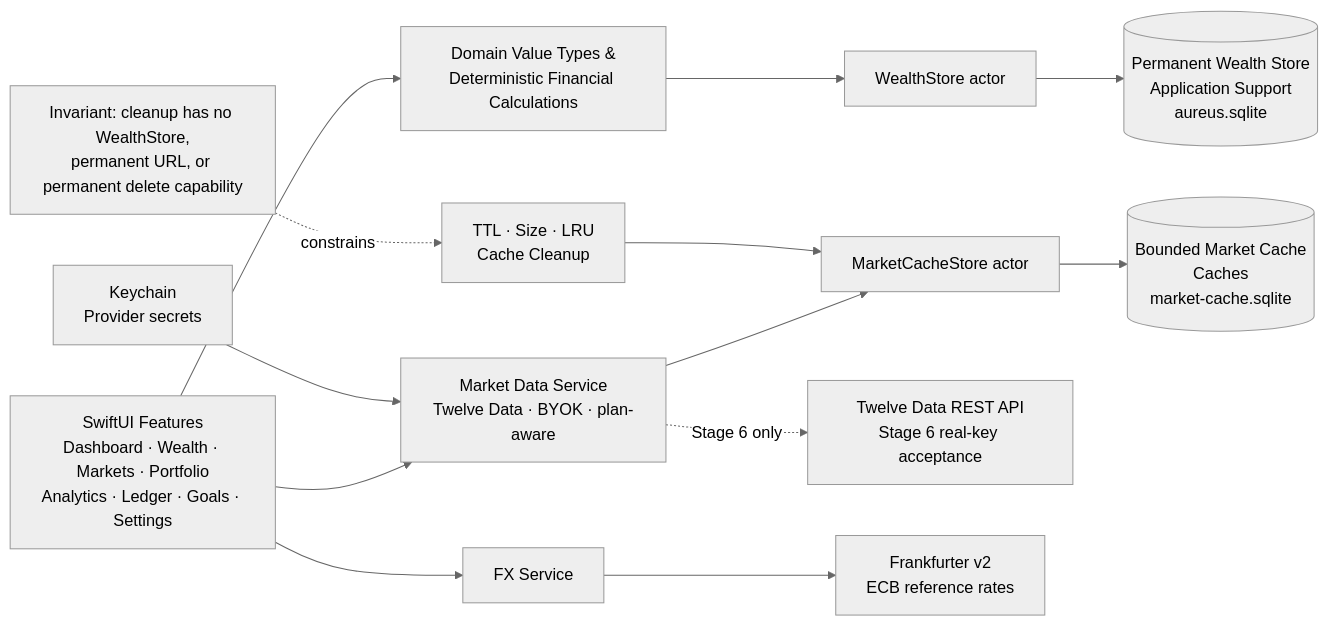
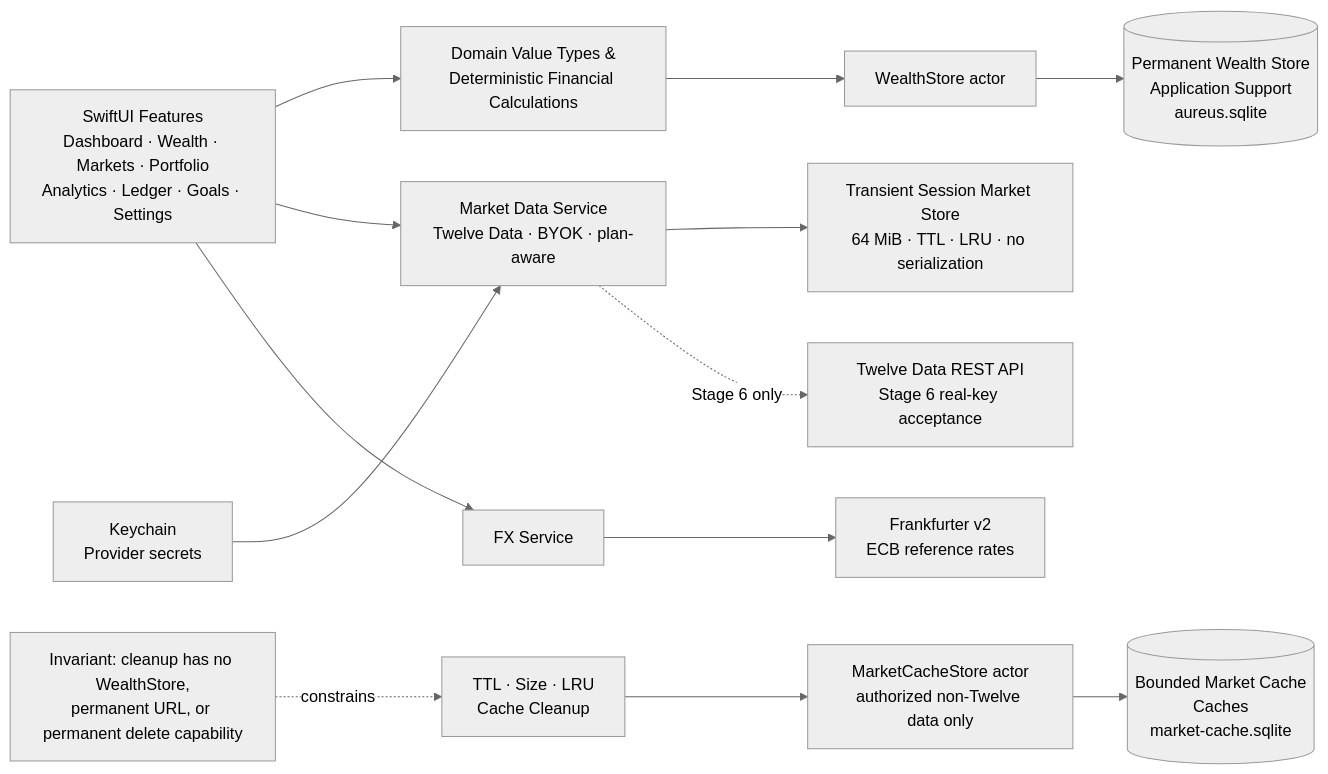
One commit to freeforest/Aureus changed the diagram in docs/V1_ARCHITECTURE.md. Above: the diagram before and after it, drawn with Mermaid (neutral theme). The commit also changed other lines of this file and 6 other files, not shown here.

First line of the commit message:
v0.5.4.7-Refactor data retention and architecture documentation for Twelve Data integration

````diff
--- a/docs/V1_ARCHITECTURE.md
+++ b/docs/V1_ARCHITECTURE.md
@@ -794,29 +826,30 @@
 ```mermaid
 flowchart LR
     Features["SwiftUI Features\nDashboard · Wealth · Markets · Portfolio\nAnalytics · Ledger · Goals · Settings"]
     Domain["Domain Value Types &\nDeterministic Financial Calculations"]
     WealthStore["WealthStore actor"]
     PermanentDB[("Permanent Wealth Store\nApplication Support\naureus.sqlite")]
     MarketService["Market Data Service\nTwelve Data · BYOK · plan-aware"]
-    CacheStore["MarketCacheStore actor"]
+    SessionStore["Transient Session Market Store\n64 MiB · TTL · LRU · no serialization"]
+    CacheStore["MarketCacheStore actor\nauthorized non-Twelve data only"]
     CacheDB[("Bounded Market Cache\nCaches\nmarket-cache.sqlite")]
     CacheCleanup["TTL · Size · LRU\nCache Cleanup"]
     ExternalMarket["Twelve Data REST API\nStage 6 real-key acceptance"]
     FXService["FX Service"]
     ExternalFX["Frankfurter v2\nECB reference rates"]
     Keychain["Keychain\nProvider secrets"]
     Guard["Invariant: cleanup has no WealthStore,\npermanent URL, or permanent delete capability"]
 
     Features --> Domain
     Features --> MarketService
     Features --> FXService
     Domain --> WealthStore
     WealthStore --> PermanentDB
-    MarketService --> CacheStore
+    MarketService --> SessionStore
     CacheStore --> CacheDB
     CacheCleanup --> CacheStore
     MarketService -. "Stage 6 only" .-> ExternalMarket
     FXService --> ExternalFX
     Keychain --> MarketService
     Guard -. "constrains" .-> CacheCleanup
 ```
````
